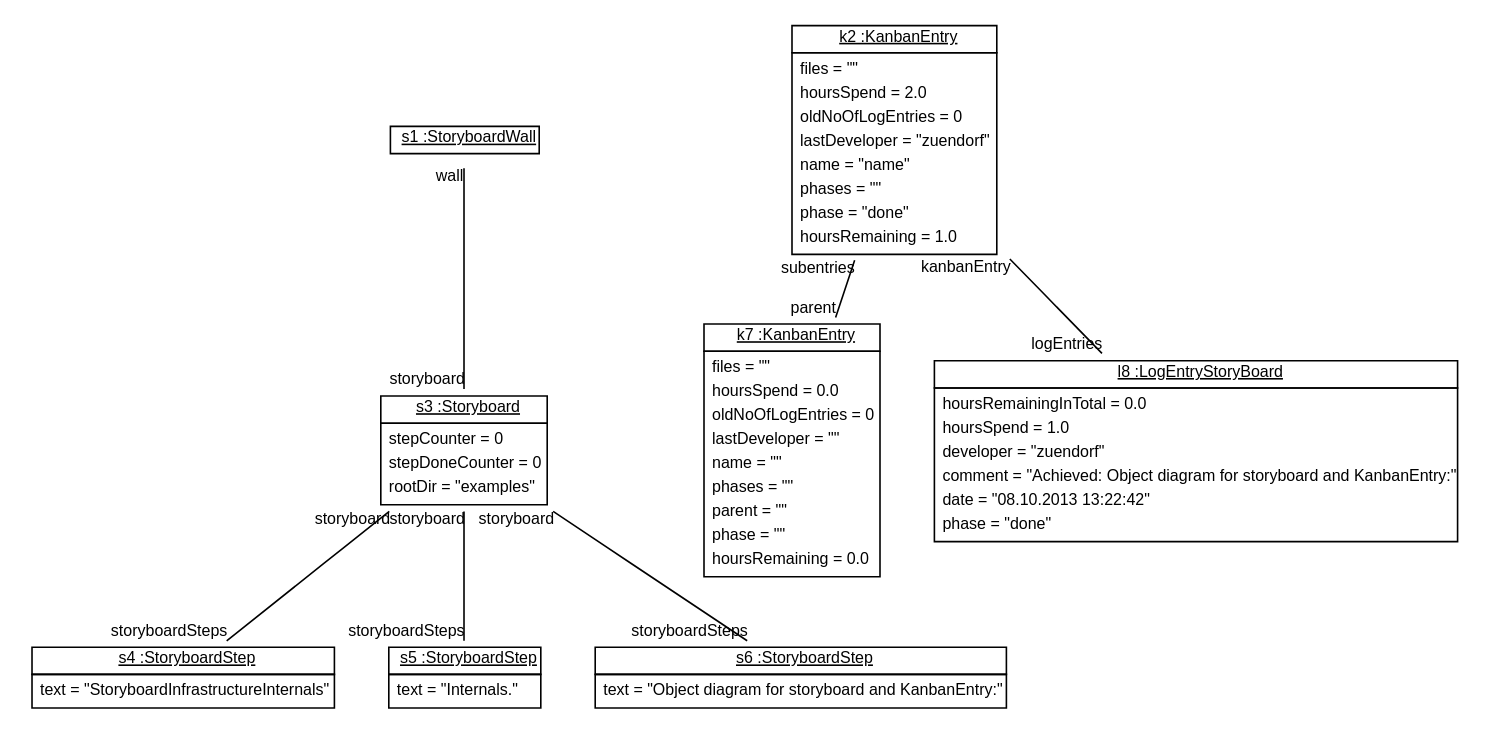
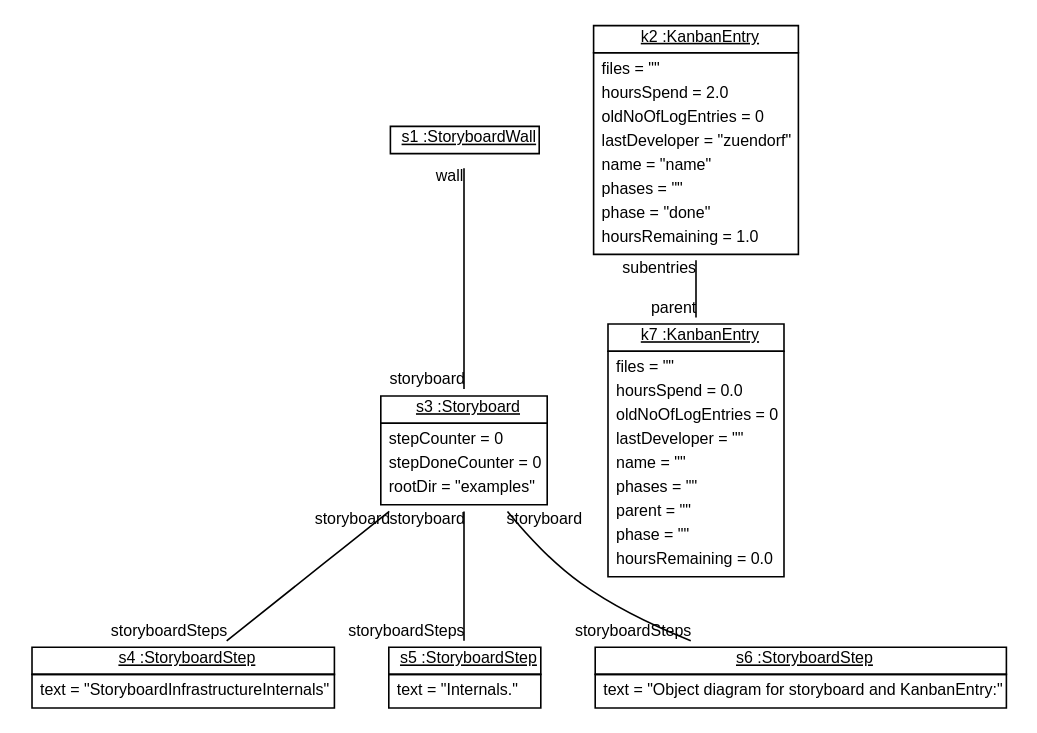
Before and after one commit to fujaba/SDMLib: the diagram in doc/StoryboardInfrastructureInternals4.dot, drawn with Graphviz. The commit also changed 44 other files, not shown here.

```diff
--- a/doc/StoryboardInfrastructureInternals4.dot
+++ b/doc/StoryboardInfrastructureInternals4.dot
@@ -1,21 +1,19 @@
 graph ObjectDiagram {
    node [shape = none, fontsize = 10, fontname = "Arial"];
    edge [fontsize = 10, fontname = "Arial"];
    compound=true;
 
 s1 [label=<<table border='0' cellborder='1' cellspacing='0'> <tr> <td href="../../SDMLib/src/org/sdmlib/storyboards/StoryboardWall.java"> <u>s1 :StoryboardWall</u></td></tr></table>>];
 s3 [label=<<table border='0' cellborder='1' cellspacing='0'> <tr> <td href="../../SDMLib/src/org/sdmlib/storyboards/Storyboard.java"> <u>s3 :Storyboard</u></td></tr><tr><td><table border='0' cellborder='0' cellspacing='0'><tr><td align='left'>stepCounter = 0</td></tr><tr><td align='left'>stepDoneCounter = 0</td></tr><tr><td align='left'>rootDir = "examples"</td></tr></table></td></tr></table>>];
 s4 [label=<<table border='0' cellborder='1' cellspacing='0'> <tr> <td href="../../SDMLib/src/org/sdmlib/storyboards/StoryboardStep.java"> <u>s4 :StoryboardStep</u></td></tr><tr><td><table border='0' cellborder='0' cellspacing='0'><tr><td align='left'>text = "StoryboardInfrastructureInternals"</td></tr></table></td></tr></table>>];
 s5 [label=<<table border='0' cellborder='1' cellspacing='0'> <tr> <td href="../../SDMLib/src/org/sdmlib/storyboards/StoryboardStep.java"> <u>s5 :StoryboardStep</u></td></tr><tr><td><table border='0' cellborder='0' cellspacing='0'><tr><td align='left'>text = "Internals."</td></tr></table></td></tr></table>>];
 s6 [label=<<table border='0' cellborder='1' cellspacing='0'> <tr> <td href="../../SDMLib/src/org/sdmlib/storyboards/StoryboardStep.java"> <u>s6 :StoryboardStep</u></td></tr><tr><td><table border='0' cellborder='0' cellspacing='0'><tr><td align='left'>text = "Object diagram for storyboard and KanbanEntry:"</td></tr></table></td></tr></table>>];
 k2 [label=<<table border='0' cellborder='1' cellspacing='0'> <tr> <td href="../../SDMLib/src/org/sdmlib/storyboards/KanbanEntry.java"> <u>k2 :KanbanEntry</u></td></tr><tr><td><table border='0' cellborder='0' cellspacing='0'><tr><td align='left'>files = ""</td></tr><tr><td align='left'>hoursSpend = 2.0</td></tr><tr><td align='left'>oldNoOfLogEntries = 0</td></tr><tr><td align='left'>lastDeveloper = "zuendorf"</td></tr><tr><td align='left'>name = "name"</td></tr><tr><td align='left'>phases = ""</td></tr><tr><td align='left'>phase = "done"</td></tr><tr><td align='left'>hoursRemaining = 1.0</td></tr></table></td></tr></table>>];
 k7 [label=<<table border='0' cellborder='1' cellspacing='0'> <tr> <td href="../../SDMLib/src/org/sdmlib/storyboards/KanbanEntry.java"> <u>k7 :KanbanEntry</u></td></tr><tr><td><table border='0' cellborder='0' cellspacing='0'><tr><td align='left'>files = ""</td></tr><tr><td align='left'>hoursSpend = 0.0</td></tr><tr><td align='left'>oldNoOfLogEntries = 0</td></tr><tr><td align='left'>lastDeveloper = ""</td></tr><tr><td align='left'>name = ""</td></tr><tr><td align='left'>phases = ""</td></tr><tr><td align='left'>parent = ""</td></tr><tr><td align='left'>phase = ""</td></tr><tr><td align='left'>hoursRemaining = 0.0</td></tr></table></td></tr></table>>];
-l8 [label=<<table border='0' cellborder='1' cellspacing='0'> <tr> <td href="../../SDMLib/src/org/sdmlib/storyboards/LogEntryStoryBoard.java"> <u>l8 :LogEntryStoryBoard</u></td></tr><tr><td><table border='0' cellborder='0' cellspacing='0'><tr><td align='left'>hoursRemainingInTotal = 0.0</td></tr><tr><td align='left'>hoursSpend = 1.0</td></tr><tr><td align='left'>developer = "zuendorf"</td></tr><tr><td align='left'>comment = "Achieved: Object diagram for storyboard and KanbanEntry:"</td></tr><tr><td align='left'>date = "08.10.2013 13:22:42"</td></tr><tr><td align='left'>phase = "done"</td></tr></table></td></tr></table>>];
 
 s1 -- s3 [headlabel = "storyboard" taillabel = "wall"];
 s3 -- s4 [headlabel = "storyboardSteps" taillabel = "storyboard"];
 s3 -- s5 [headlabel = "storyboardSteps" taillabel = "storyboard"];
 s3 -- s6 [headlabel = "storyboardSteps" taillabel = "storyboard"];
-k2 -- l8 [headlabel = "logEntries" taillabel = "kanbanEntry"];
 k2 -- k7 [headlabel = "parent" taillabel = "subentries"];
 }
```
